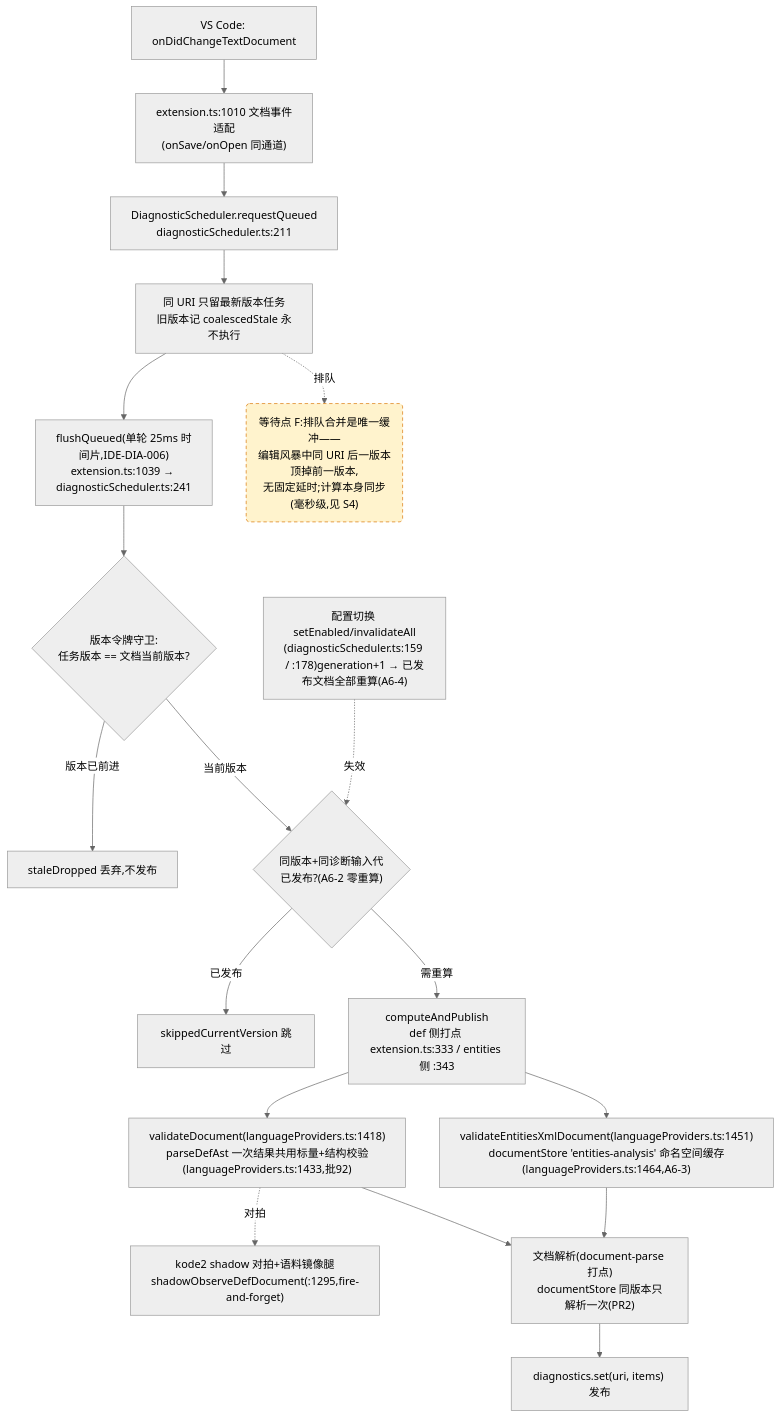
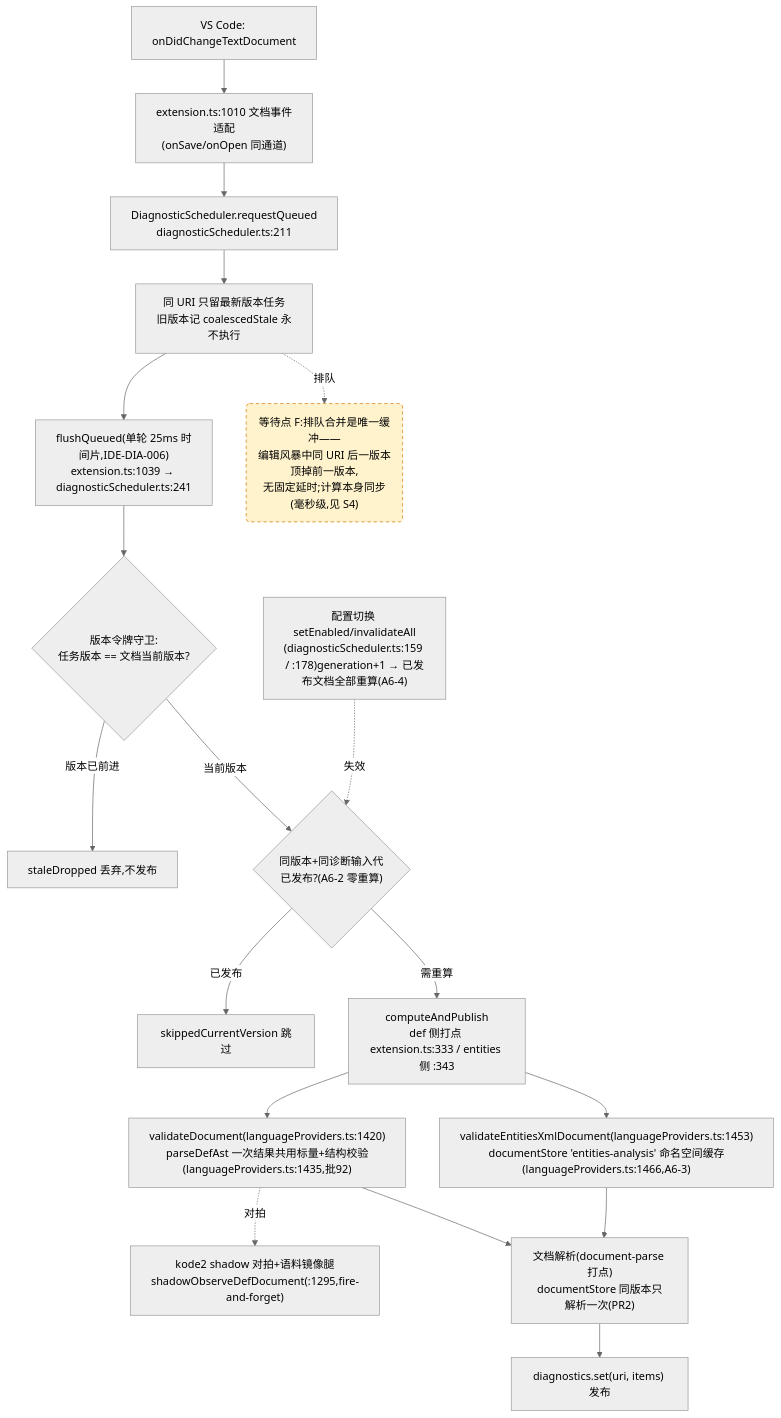
Before and after one commit to cuihairu/kode: the fourth of 4 diagrams in docs/perf/2026-baseline.md, drawn with Mermaid (neutral theme). The commit also changed other lines of this file and 6 other files, not shown here.

````diff
--- a/docs/perf/2026-baseline.md
+++ b/docs/perf/2026-baseline.md
@@ -214,38 +214,38 @@
 ```mermaid
 flowchart TD
   CHG["VS Code: onDidChangeTextDocument"]
   WATCH["extension.ts:1010 文档事件适配<br/>(onSave/onOpen 同通道)"]
   RQ["DiagnosticScheduler.requestQueued<br/>diagnosticScheduler.ts:211"]
   CO["同 URI 只留最新版本任务<br/>旧版本记 coalescedStale 永不执行"]
   FL["flushQueued(单轮 25ms 时间片,IDE-DIA-006)<br/>extension.ts:1039 → diagnosticScheduler.ts:241"]
   VG{"版本令牌守卫:<br/>任务版本 == 文档当前版本?"}
   DROP["staleDropped 丢弃,不发布"]
   GEN{"同版本+同诊断输入代<br/>已发布?(A6-2 零重算)"}
   SKIP["skippedCurrentVersion 跳过"]
   CALC["computeAndPublish<br/>def 侧打点 extension.ts:333 / entities 侧 :343"]
-  VD["validateDocument(languageProviders.ts:1418)<br/>parseDefAst 一次结果共用标量+结构校验(languageProviders.ts:1433,批92)"]
-  VEX["validateEntitiesXmlDocument(languageProviders.ts:1451)<br/>documentStore 'entities-analysis' 命名空间缓存(languageProviders.ts:1464,A6-3)"]
+  VD["validateDocument(languageProviders.ts:1420)<br/>parseDefAst 一次结果共用标量+结构校验(languageProviders.ts:1435,批92)"]
+  VEX["validateEntitiesXmlDocument(languageProviders.ts:1453)<br/>documentStore 'entities-analysis' 命名空间缓存(languageProviders.ts:1466,A6-3)"]
   SHDD["kode2 shadow 对拍+语料镜像腿<br/>shadowObserveDefDocument(:1295,fire-and-forget)"]
   DS["文档解析(document-parse 打点)<br/>documentStore 同版本只解析一次(PR2)"]
   PUB["diagnostics.set(uri, items) 发布"]
   CFG2["配置切换 setEnabled/invalidateAll<br/>(diagnosticScheduler.ts:159 / :178)generation+1 → 已发布文档全部重算(A6-4)"]
 
   CHG --> WATCH --> RQ --> CO --> FL --> VG
   VG -- "版本已前进" --> DROP
   VG -- "当前版本" --> GEN
   GEN -- "已发布" --> SKIP
   GEN -- "需重算" --> CALC
   CALC --> VD
   CALC --> VEX
   VD --> DS
   VEX --> DS
   DS --> PUB
   VD -.->|对拍| SHDD
   CFG2 -.->|失效| GEN
 
   WAITF("等待点 F:排队合并是唯一缓冲——<br/>编辑风暴中同 URI 后一版本顶掉前一版本,<br/>无固定延时;计算本身同步(毫秒级,见 S4)")
   CO -.->|排队| WAITF
 
   classDef waitPoint fill:#fff3cd,stroke:#d97706,stroke-dasharray:5 4;
   class WAITF waitPoint;
 ```
````
